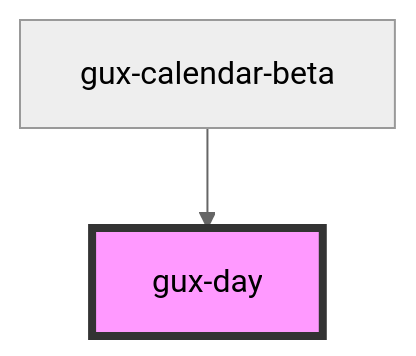
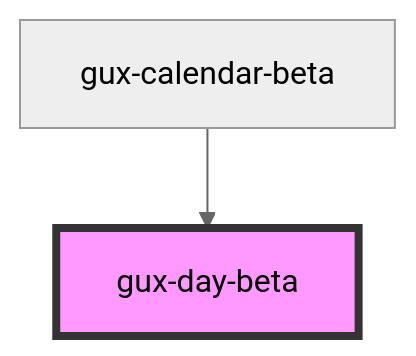
The diagram in packages/genesys-spark-components/src/components/beta/gux-day/readme.md (MyPureCloud/genesys-spark), drawn with Mermaid (neutral theme) before and after one commit. The commit also changed other lines of this file and 8 other files, not shown here.

Commit message:
test(calendar-beta): Update tests, fix some minor a11y issues

````diff
--- a/packages/genesys-spark-components/src/components/beta/gux-day/readme.md
+++ b/packages/genesys-spark-components/src/components/beta/gux-day/readme.md
@@ -22,5 +35,5 @@
 ```mermaid
 graph TD;
-  gux-calendar-beta --> gux-day
-  style gux-day fill:#f9f,stroke:#333,stroke-width:4px
+  gux-calendar-beta --> gux-day-beta
+  style gux-day-beta fill:#f9f,stroke:#333,stroke-width:4px
 ```
````
